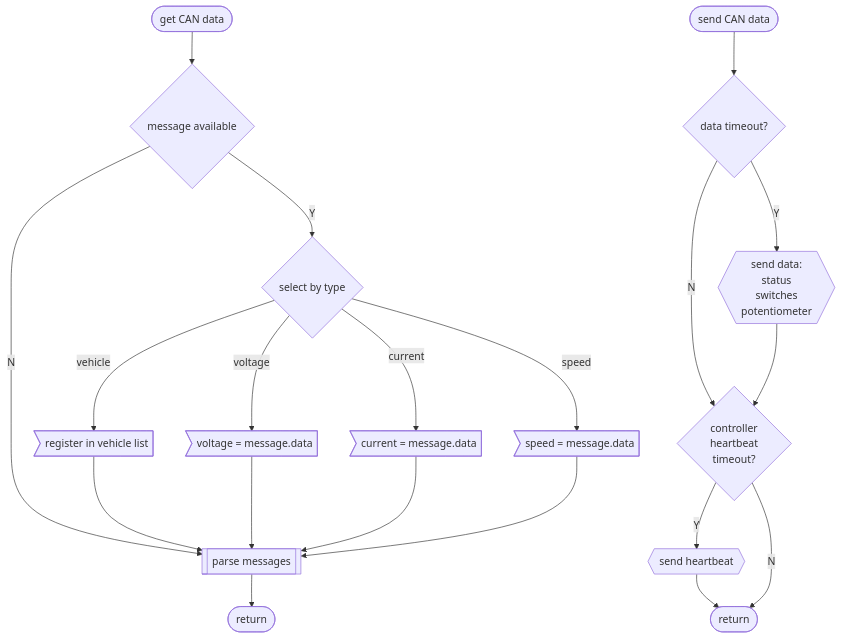
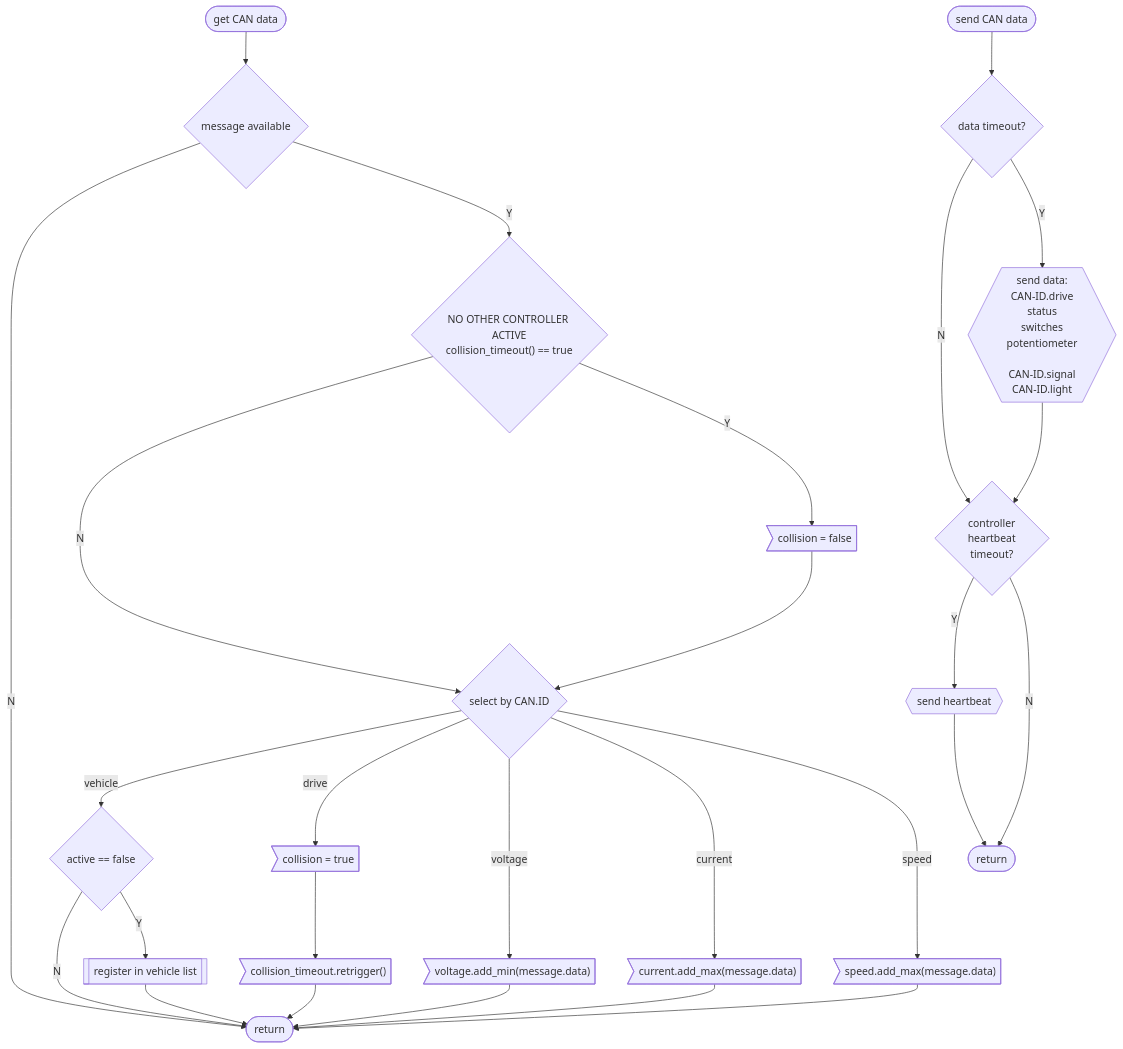
The fourth of 7 diagrams in Loco_can_controller/FLOWCHART.md (loco-can/loco-can-software), drawn with Mermaid before and after one commit. The commit also changed other lines of this file and 7 other files, not shown here.

````diff
--- a/Loco_can_controller/FLOWCHART.md
+++ b/Loco_can_controller/FLOWCHART.md
@@ -136,49 +136,58 @@
 ```mermaid
 graph TD;
     %% CAN communication
 
     %% get CAN message
     %% node definitions
     GET_CAN([get CAN data]);
     MESSAGE_AVAILABLE{message available};
-    SWITCH_MESSAGE{select by type};
-    GET_MOTOR>"register in vehicle list"];
-    GET_VOLTAGE>"voltage = message.data"];
-    GET_CURRENT>"current = message.data"];
-    GET_SPEED>"speed = message.data"];
-    PARSE_MESSAGES[[parse messages]];
+    SWITCH_MESSAGE{select by CAN.ID};
+    NO_COLLISION{"NO OTHER CONTROLLER ACTIVE\ncollision_timeout() == true"};
+    SET_UNCOLLIDE>collision = false];
+    COLLISION>collision = true];
+    COLLISION_RETRIGGER>"collision_timeout.retrigger()"];
+    IS_ACTIVE{active == false};
+    GET_MOTOR[[register in vehicle list]];
+    GET_VOLTAGE>"voltage.add_min(message.data)"];
+    GET_CURRENT>"current.add_max(message.data)"];
+    GET_SPEED>"speed.add_max(message.data)"];
     END_CAN([return]);
 
     %% flow
     GET_CAN --> MESSAGE_AVAILABLE;
-    MESSAGE_AVAILABLE --> |N| PARSE_MESSAGES;
-    MESSAGE_AVAILABLE --> |Y| SWITCH_MESSAGE;
-    SWITCH_MESSAGE --> |vehicle| GET_MOTOR;
+    MESSAGE_AVAILABLE --> |N| END_CAN;
+    MESSAGE_AVAILABLE --> |Y| NO_COLLISION;
+    NO_COLLISION --> |N| SWITCH_MESSAGE;
+    NO_COLLISION --> |Y| SET_UNCOLLIDE --> SWITCH_MESSAGE;
+    SWITCH_MESSAGE --> |vehicle| IS_ACTIVE;
+    SWITCH_MESSAGE --> |drive| COLLISION;
     SWITCH_MESSAGE --> |voltage| GET_VOLTAGE;
     SWITCH_MESSAGE --> |current| GET_CURRENT;
     SWITCH_MESSAGE --> |speed| GET_SPEED;
-    GET_MOTOR --> PARSE_MESSAGES;
-    GET_VOLTAGE --> PARSE_MESSAGES;
-    GET_CURRENT --> PARSE_MESSAGES;
-    GET_SPEED --> PARSE_MESSAGES;
-    PARSE_MESSAGES --> END_CAN;
+    IS_ACTIVE --> |N| END_CAN;
+    IS_ACTIVE --> |Y| GET_MOTOR;
+    COLLISION --> COLLISION_RETRIGGER --> END_CAN;
+    GET_MOTOR --> END_CAN;
+    GET_VOLTAGE --> END_CAN;
+    GET_CURRENT --> END_CAN;
+    GET_SPEED --> END_CAN;
 
     %% flow
 
     %% send CAN message
     %% node definitions
     SENDDATA([send CAN data]);
     DATA_TIMEOUT{data timeout?};
-    DATA{{"send data:\nstatus\nswitches\npotentiometer"}};
+    DATA{{"send data:\nCAN-ID.drive\nstatus\nswitches\npotentiometer\n\nCAN-ID.signal\nCAN-ID.light"}};
     HB_TIMEOUT{"controller\nheartbeat\ntimeout?"};
     SEND_HB{{send heartbeat}};
     ENDSENDDATA([return]);
 
     %% flow
     SENDDATA --> DATA_TIMEOUT;
     DATA_TIMEOUT --> |N| HB_TIMEOUT;
     DATA_TIMEOUT --> |Y| DATA;
     DATA --> HB_TIMEOUT;
     HB_TIMEOUT --> |Y| SEND_HB --> ENDSENDDATA;
     HB_TIMEOUT -->|N| ENDSENDDATA;
 ```
````
